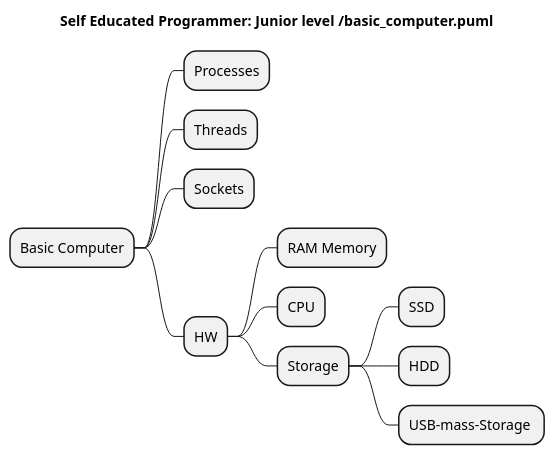
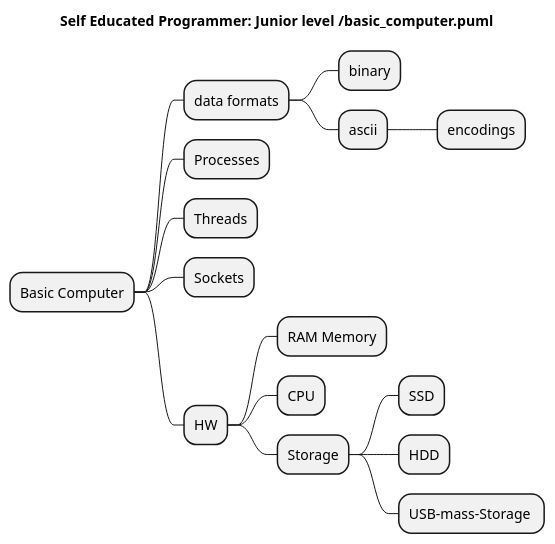
The diagram in src/basic_computer.puml (SmartSoftDev/self_educated_software_programmer_path), drawn with PlantUML before and after one commit. The commit also changed 5 other files, not shown here.

```diff
--- a/src/basic_computer.puml
+++ b/src/basic_computer.puml
@@ -1,16 +1,20 @@
 @startmindmap
 title Self Educated Programmer: Junior level /basic_computer.puml
 
 * Basic Computer
+** data formats
+*** binary
+*** ascii
+**** encodings
 ** Processes
 ** Threads
 ** Sockets
 ** HW
 *** RAM Memory
 *** CPU
 *** Storage
 **** SSD
 **** HDD
 **** USB-mass-Storage 
 
 @endmindmap
```
